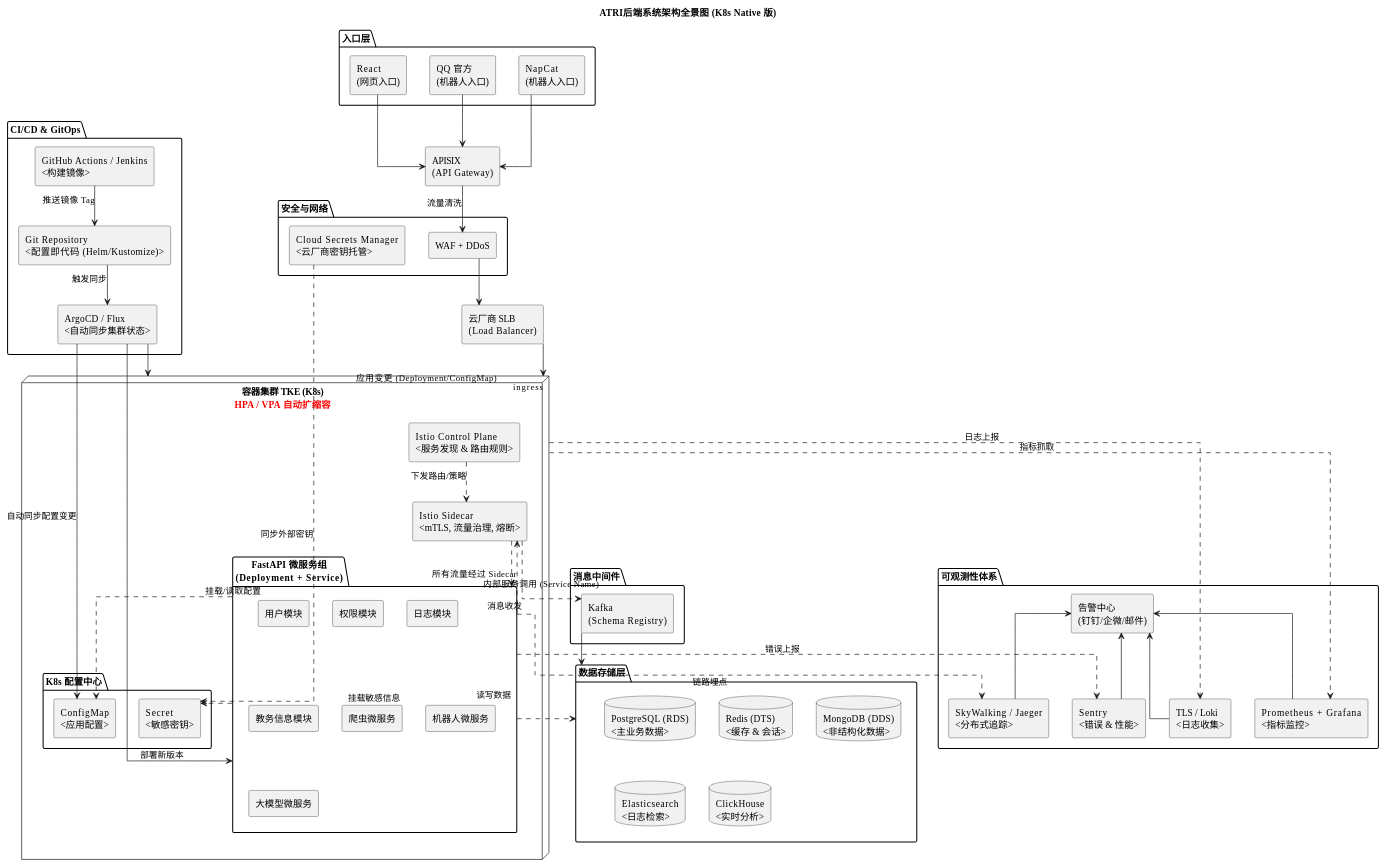
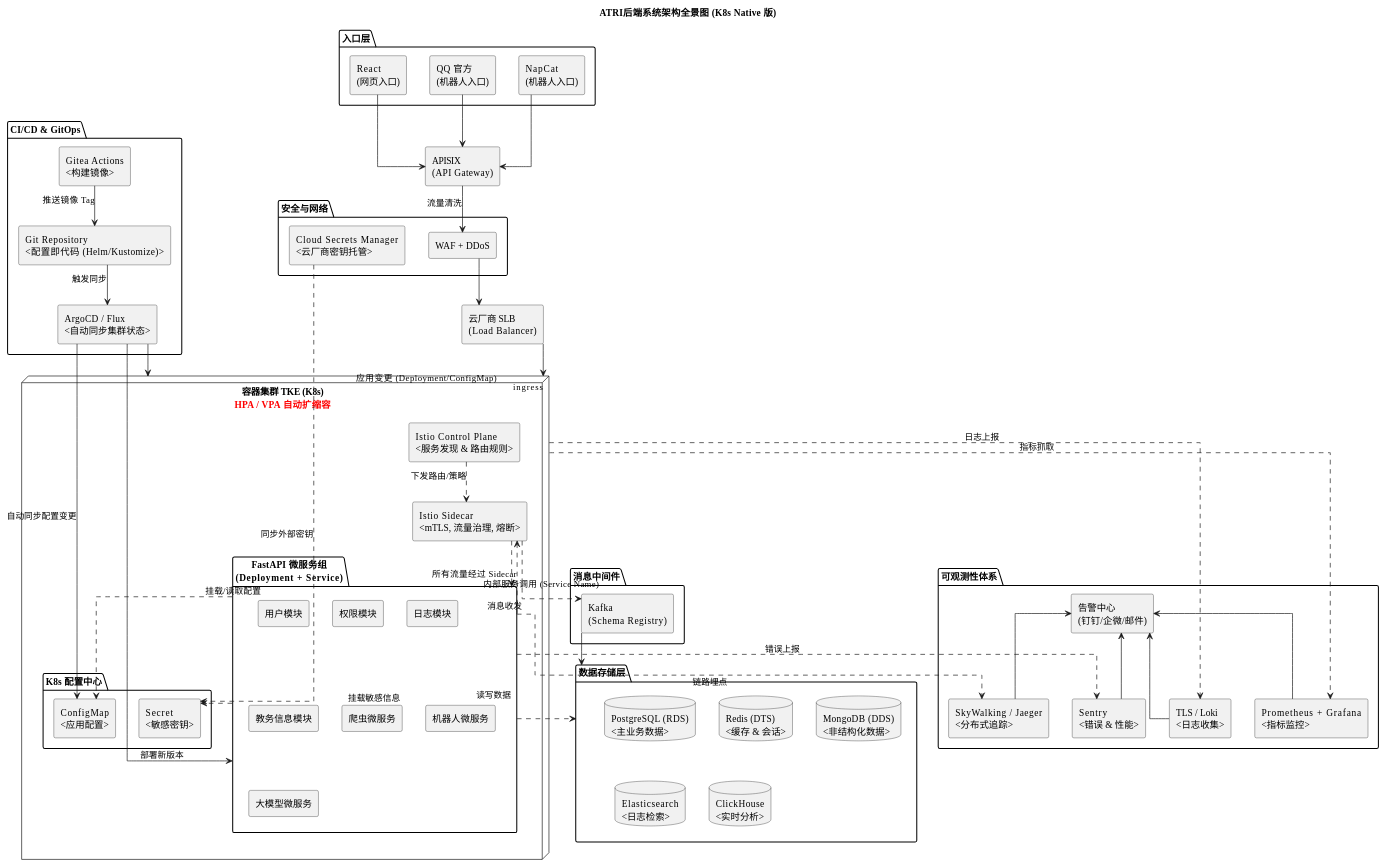
Before and after one commit to Hyperbola-QAQ/Mizuki: the diagram in src/content/posts/Tech/Building ATRI: Large-Scale Chatbot Architecture/Arch部署UML开发环境.md, drawn with PlantUML. The commit also changed other lines of this file and 2 other files, not shown here.

```diff
--- a/src/content/posts/Tech/Building ATRI: Large-Scale Chatbot Architecture/Arch部署UML开发环境.md
+++ b/src/content/posts/Tech/Building ATRI: Large-Scale Chatbot Architecture/Arch部署UML开发环境.md
@@ -163,7 +163,7 @@
 
 ' --- 8. CI/CD & GitOps ---
 package "CI/CD & GitOps" as CICD {
-    component "GitHub Actions / Jenkins\n<构建镜像>" as Build
+    component "Gitea Actions\n<构建镜像>" as Build
     component "Git Repository\n<配置即代码 (Helm/Kustomize)>" as GitRepo
     component "ArgoCD / Flux\n<自动同步集群状态>" as GitOps
 }
```
